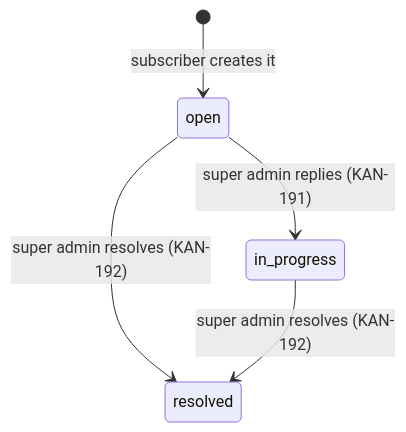
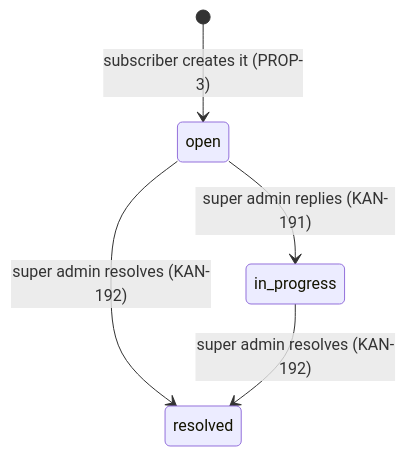
Before and after one commit to Ran147/booking_system_web: the fourth of 5 diagrams in .agents/skills/domain-glossary/SKILL.md, drawn with Mermaid. The commit also changed other lines of this file and 64 other files, not shown here.

````diff
--- a/.agents/skills/domain-glossary/SKILL.md
+++ b/.agents/skills/domain-glossary/SKILL.md
@@ -152,7 +170,7 @@
 ```mermaid
 stateDiagram-v2
-  [*] --> open: subscriber creates it
+  [*] --> open: subscriber creates it (PROP-3)
   open --> in_progress: super admin replies (KAN-191)
   open --> resolved: super admin resolves (KAN-192)
   in_progress --> resolved: super admin resolves (KAN-192)
 ```
````
